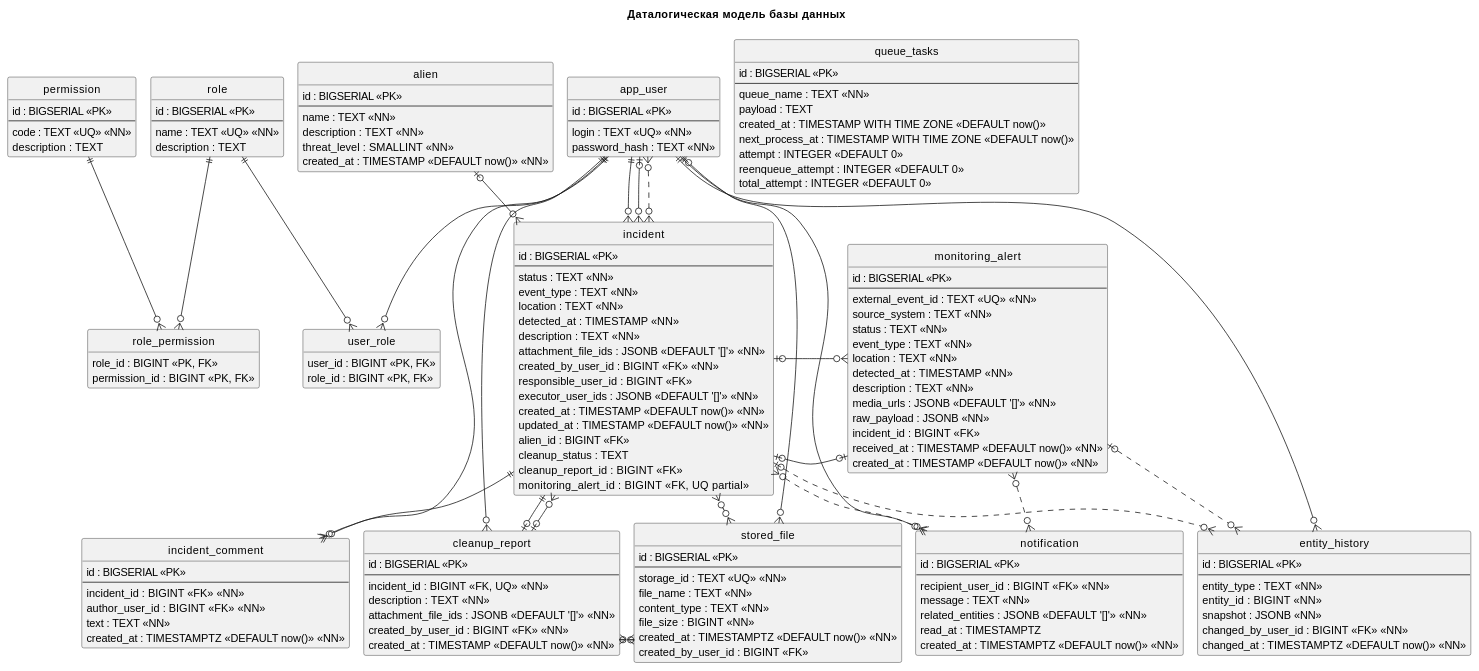
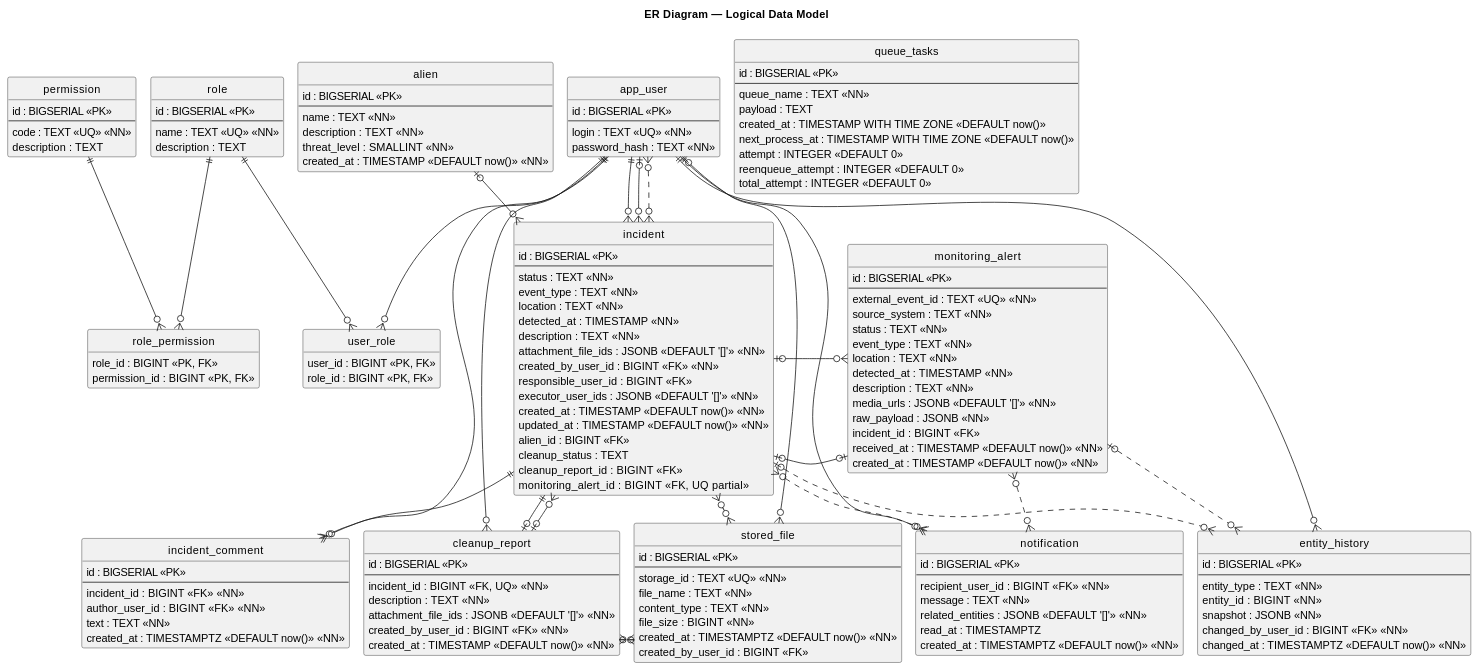
One commit to Andryss/AIMS changed the second of 2 diagrams in docs/entity-relation.md. Above: the diagram before and after it, drawn with PlantUML. The commit also changed other lines of this file and 31 other files, not shown here.

````diff
--- a/docs/entity-relation.md
+++ b/docs/entity-relation.md
@@ -96,7 +96,7 @@
 ```plantuml
 @startuml aims_datalogical_model
 !pragma layout smetana
-title Даталогическая модель базы данных
+title ER Diagram — Logical Data Model
 
 hide circle
 hide methods
````
